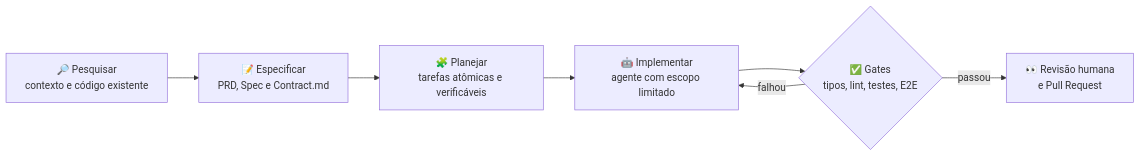
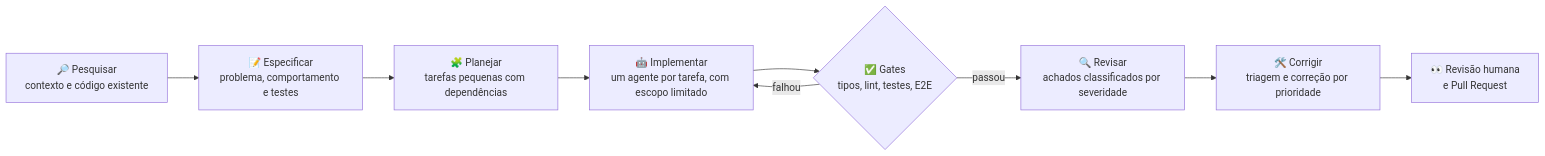
The diagram in README.md (anderson-vilela/anderson-vilela), drawn with Mermaid before and after one commit. The commit also changed other lines of this file, not shown here.

````diff
--- a/README.md
+++ b/README.md
@@ -56,9 +74,11 @@
 ```mermaid
 flowchart LR
-    A["🔎 Pesquisar<br/>contexto e código existente"] --> B["📝 Especificar<br/>PRD, Spec e Contract.md"]
-    B --> C["🧩 Planejar<br/>tarefas atômicas e verificáveis"]
-    C --> D["🤖 Implementar<br/>agente com escopo limitado"]
+    A["🔎 Pesquisar<br/>contexto e código existente"] --> B["📝 Especificar<br/>problema, comportamento e testes"]
+    B --> C["🧩 Planejar<br/>tarefas pequenas com dependências"]
+    C --> D["🤖 Implementar<br/>um agente por tarefa, com escopo limitado"]
     D --> E{"✅ Gates<br/>tipos, lint, testes, E2E"}
     E -- falhou --> D
-    E -- passou --> F["👀 Revisão humana<br/>e Pull Request"]
+    E -- passou --> F["🔍 Revisar<br/>achados classificados por severidade"]
+    F --> G["🛠️ Corrigir<br/>triagem e correção por prioridade"]
+    G --> H["👀 Revisão humana<br/>e Pull Request"]
 ```
````
